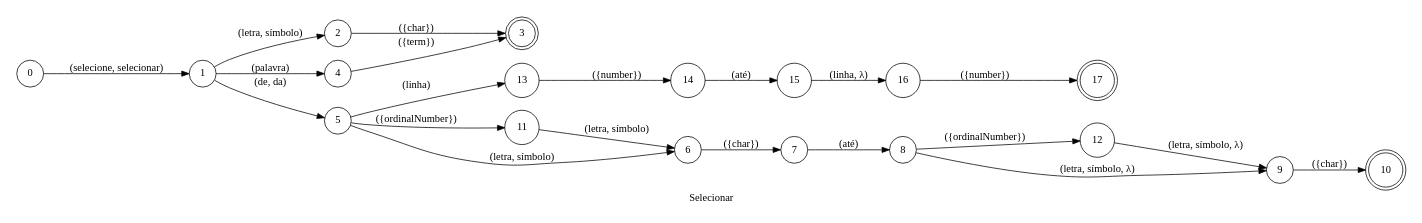
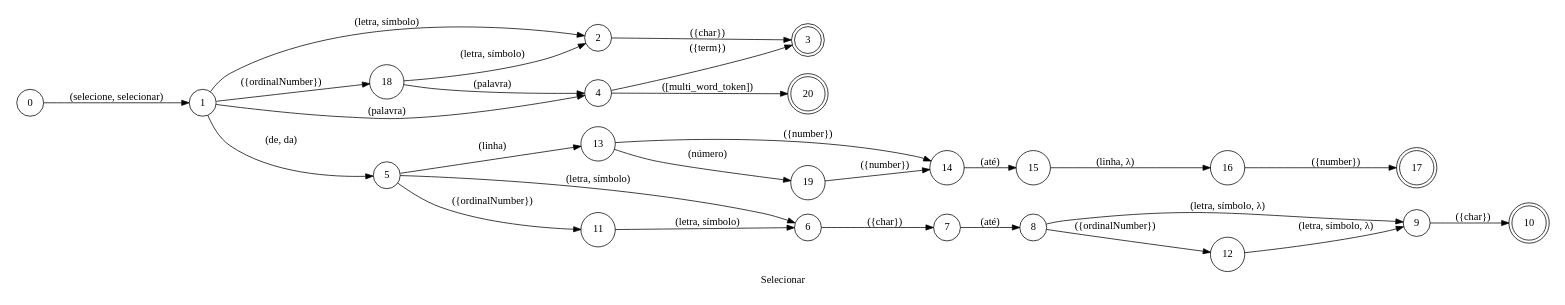
The diagram in spoken/src/modules/typescript/select/phrase_pt-BR.dot (pedrooaugusto/speech-to-code), drawn with Graphviz before and after one commit. The commit also changed 96 other files, not shown here.

```diff
--- a/spoken/src/modules/typescript/select/phrase_pt-BR.dot
+++ b/spoken/src/modules/typescript/select/phrase_pt-BR.dot
@@ -1,32 +1,35 @@
 digraph Select {
     id="select";
     label="Selecionar";
     lang="pt-BR";
     langName="Português";
     pad="0.2";
     rankdir=LR;
-    node[shape=doublecircle]; 3 17 10;
+    node[shape=doublecircle]; 3 17 10 20;
     node[shape=circle];
 
     0 -> 1 [label="(selecione, selecionar)"];
-    1 -> 2 [label="(letra, símbolo)"];
+    {1 18} -> 2 [label="(letra, símbolo)"];
     2 -> 3 [label="({char})", store=word];
-    1 -> 4 [label="(palavra)"];
+    {1 18} -> 4 [label="(palavra)"];
+    4 -> 20 [label="([multi_word_token])", store=word, extraArgs="{\"case\": \"camel\"}"];
     4 -> 3 [label="({term})", store=word];
     1 -> 5 [label="(de, da)"];
+    1 -> 18 [label="({ordinalNumber})", normalizer="ordinalNumber", store=wordPosition];
     5 -> 13 [label="(linha)", store=selectLine];
-    13 -> 14 [label="({number})", store=from];
+    13 -> 19 [label="(número)"];
+    {13 19} -> 14 [label="({number})", store=from];
     14 -> 15 [label="(até)"];
     15 -> 16 [label="(linha, λ)"];
     16 -> 17 [label="({number})", store=to];
     5 -> 11 [label="({ordinalNumber})", normalizer="ordinalNumber", store=fromPosition];
     {5 11} -> 6 [label="(letra, símbolo)"];
     6 -> 7 [label="({char})", store=from];
     7 -> 8 [label="(até)"];
     {8 12} -> 9 [label="(letra, símbolo, λ)"];
     8 -> 12 [label="({ordinalNumber})", normalizer="ordinalNumber", store=toPosition];
     9 -> 10 [label="({char})", store=to];
 
     title="Selecionar";
     desc="Seleciona um pedaço de texto na linha atual";
 }
```
